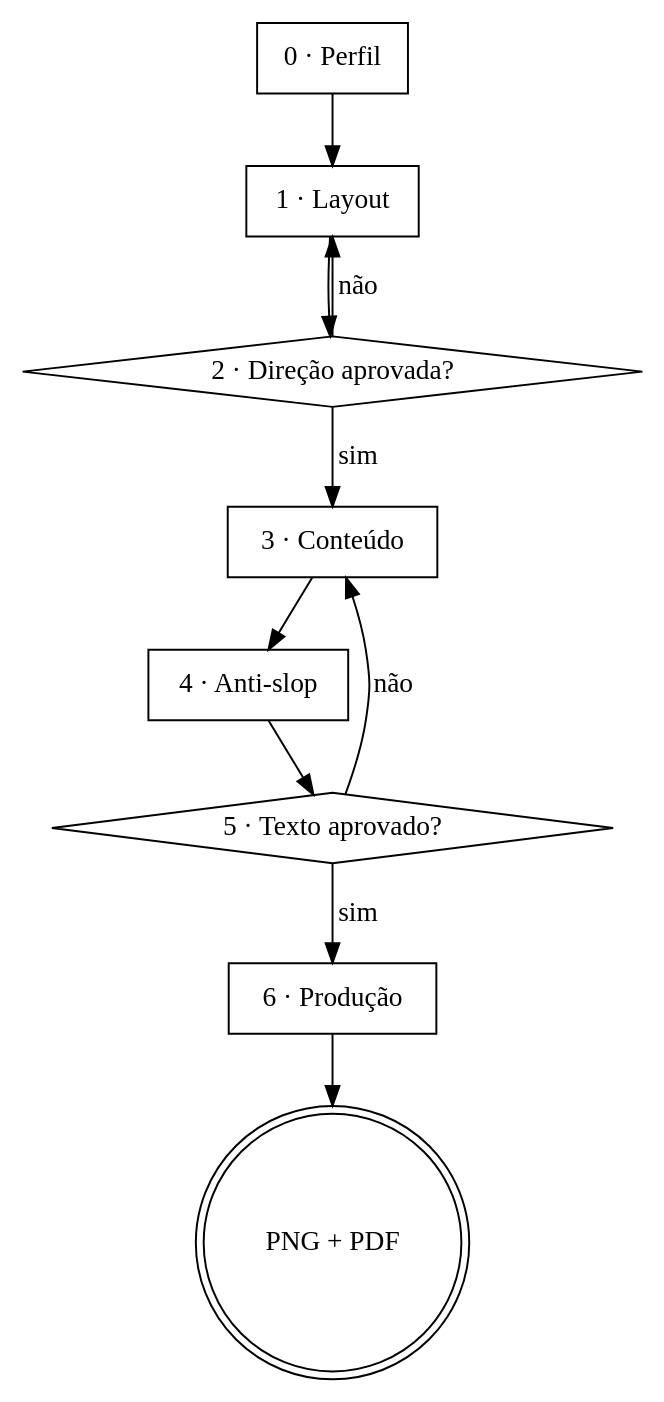
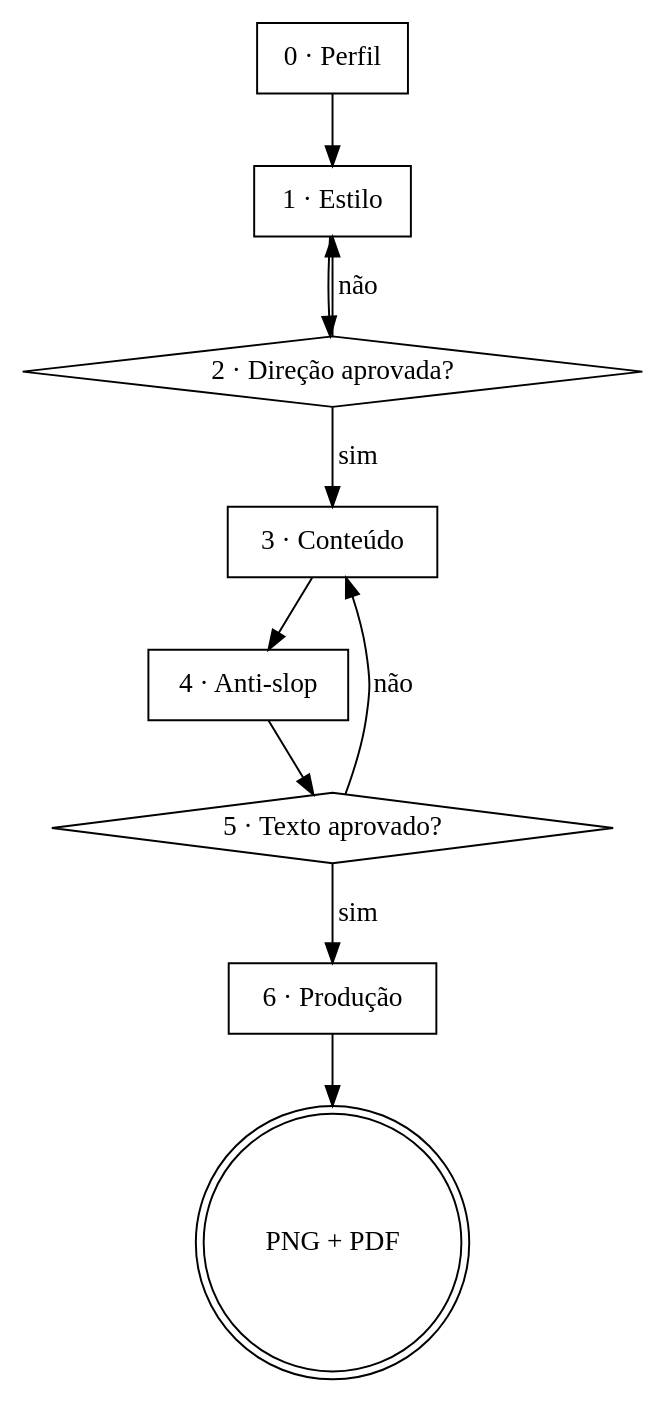
Before and after one commit to drudif/carroussel-please: the diagram in SKILL.md, drawn with Graphviz. The commit also changed other lines of this file and 8 other files, not shown here.

````diff
--- a/SKILL.md
+++ b/SKILL.md
@@ -30,20 +29,20 @@
 ```dot
 digraph carrossel {
   "0 · Perfil" [shape=box];
-  "1 · Layout" [shape=box];
+  "1 · Estilo" [shape=box];
   "2 · Direção aprovada?" [shape=diamond];
   "3 · Conteúdo" [shape=box];
   "4 · Anti-slop" [shape=box];
   "5 · Texto aprovado?" [shape=diamond];
   "6 · Produção" [shape=box];
   "PNG + PDF" [shape=doublecircle];
 
-  "0 · Perfil" -> "1 · Layout" -> "2 · Direção aprovada?";
-  "2 · Direção aprovada?" -> "1 · Layout" [label="não"];
+  "0 · Perfil" -> "1 · Estilo" -> "2 · Direção aprovada?";
+  "2 · Direção aprovada?" -> "1 · Estilo" [label="não"];
   "2 · Direção aprovada?" -> "3 · Conteúdo" [label="sim"];
   "3 · Conteúdo" -> "4 · Anti-slop" -> "5 · Texto aprovado?";
   "5 · Texto aprovado?" -> "3 · Conteúdo" [label="não"];
   "5 · Texto aprovado?" -> "6 · Produção" [label="sim"];
   "6 · Produção" -> "PNG + PDF";
 }
 ```
````
